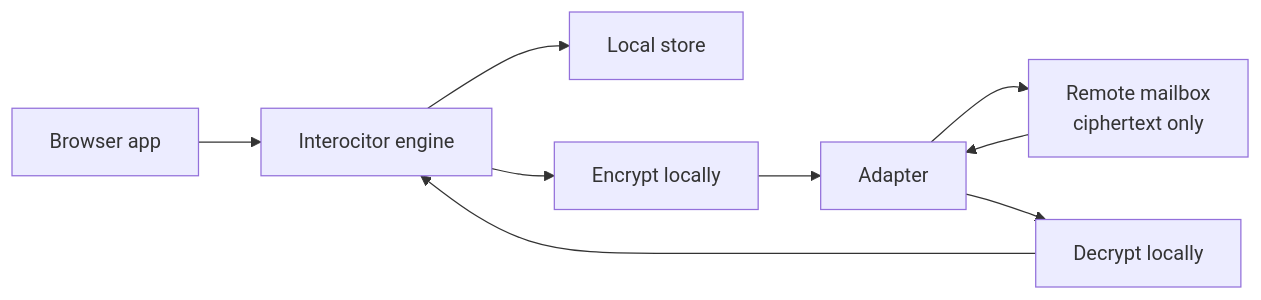
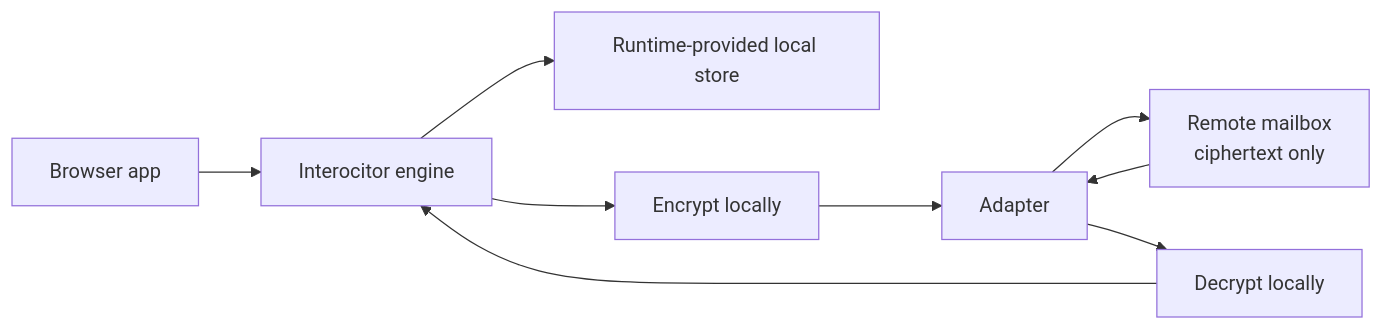
The diagram in packages/core/README.md (Machine-Garden/interocitor), drawn with Mermaid before and after one commit. The commit also changed other lines of this file and 52 other files, not shown here.

````diff
--- a/packages/core/README.md
+++ b/packages/core/README.md
@@ -81,11 +79,11 @@
 ```mermaid
 flowchart LR
   A[Browser app] --> B[Interocitor engine]
-  B --> C[Local store]
+  B --> C[Runtime-provided local store]
   B --> D[Encrypt locally]
   D --> E[Adapter]
   E --> F[Remote mailbox<br/>ciphertext only]
   F --> E
   E --> G[Decrypt locally]
   G --> B
 ```
````
